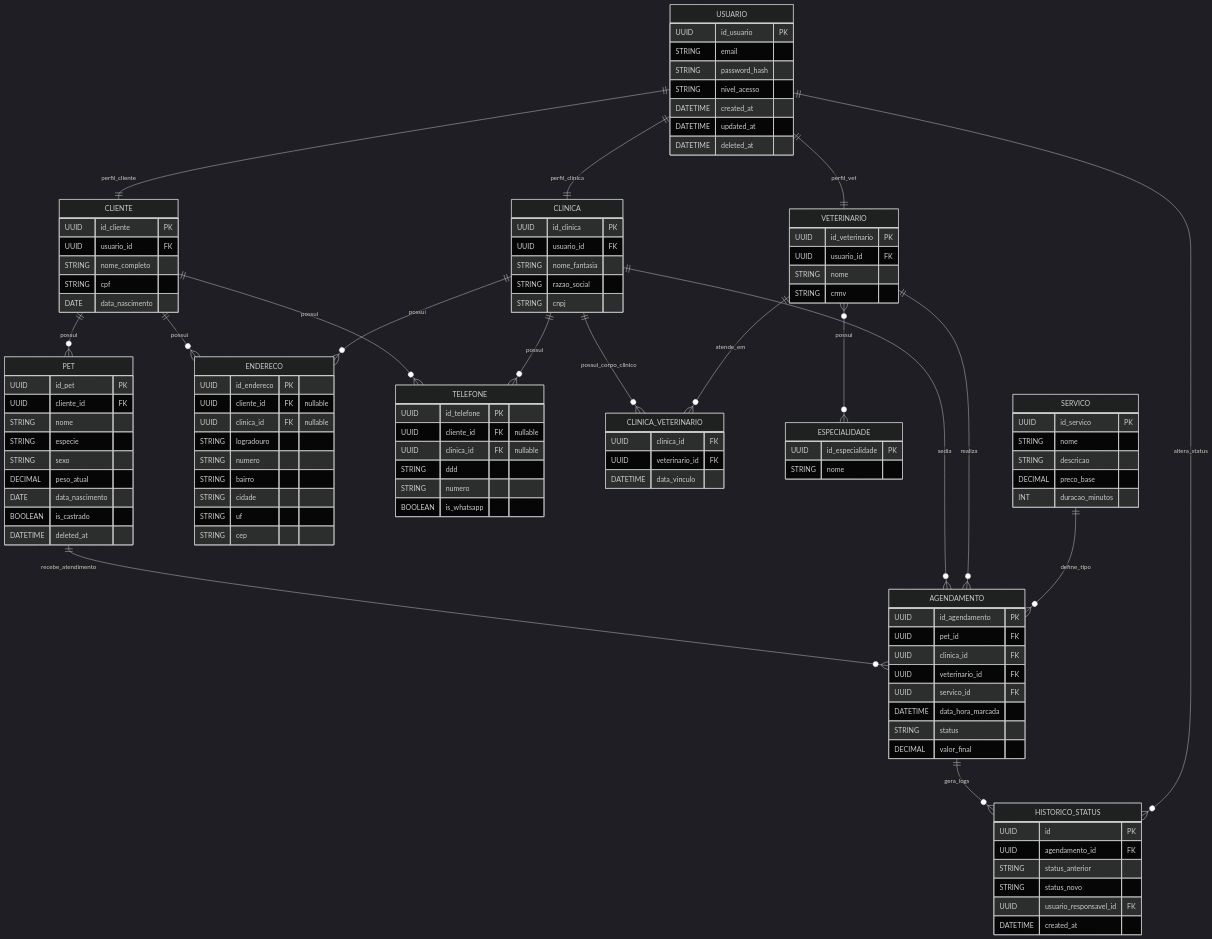
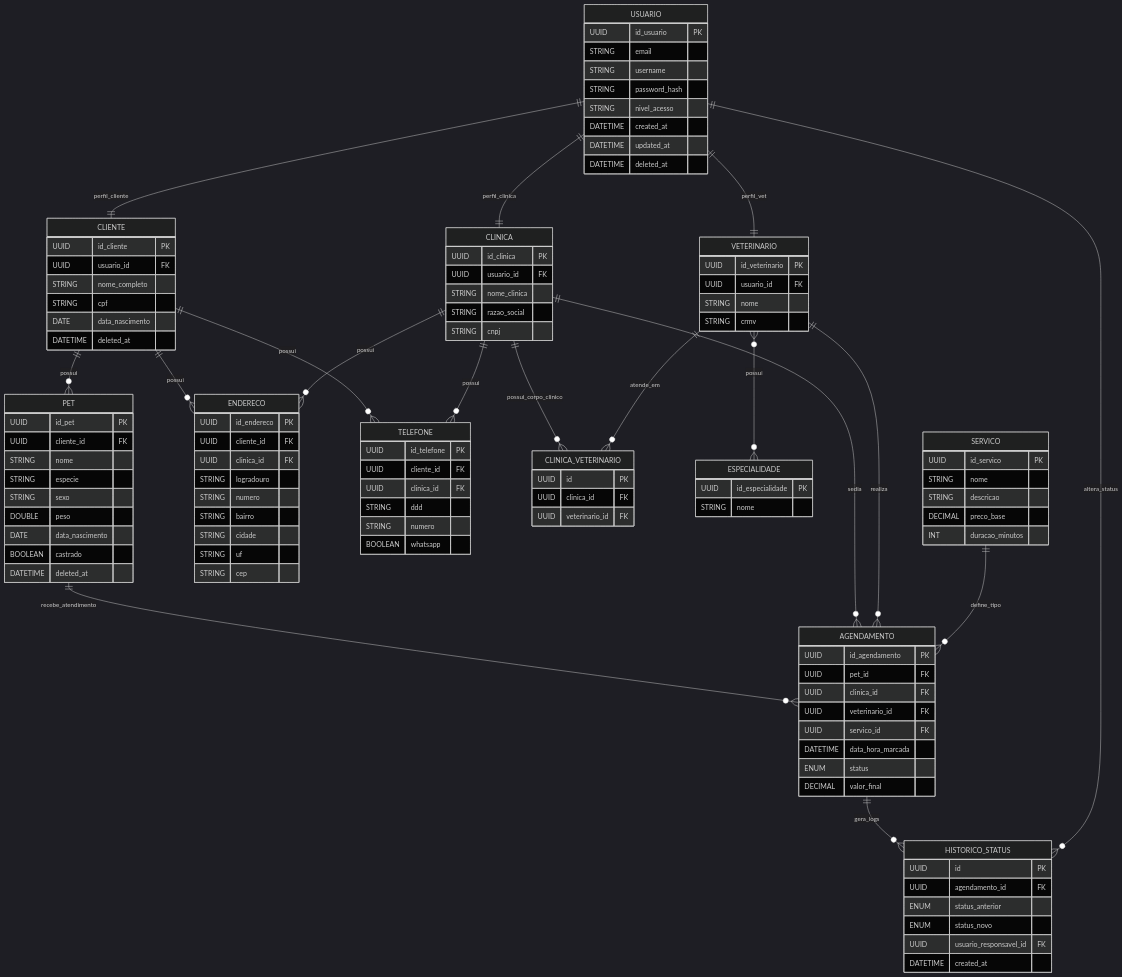
Before and after one commit to GabrielPires345/PetCare: the diagram in README.md, drawn with Mermaid (dark theme).

Commit message:
Update README.md
Atualização do diagrama das entidades.

```diff
--- a/README.md
+++ b/README.md
@@ -80,6 +80,7 @@
     USUARIO {
         UUID id_usuario PK
         STRING email
+        STRING username
         STRING password_hash
         STRING nivel_acesso
         DATETIME created_at
@@ -93,6 +94,7 @@
         STRING nome_completo
         STRING cpf
         DATE data_nascimento
+        DATETIME deleted_at
     }
 
     VETERINARIO {
@@ -103,9 +105,9 @@
     }
 
     CLINICA_VETERINARIO {
+        UUID id PK
         UUID clinica_id FK
         UUID veterinario_id FK
-        DATETIME data_vinculo
     }
 
     ESPECIALIDADE {
@@ -116,15 +118,15 @@
     CLINICA {
         UUID id_clinica PK
         UUID usuario_id FK
-        STRING nome_fantasia
+        STRING nome_clinica
         STRING razao_social
         STRING cnpj
     }
 
     ENDERECO {
         UUID id_endereco PK
-        UUID cliente_id FK "nullable"
-        UUID clinica_id FK "nullable"
+        UUID cliente_id FK
+        UUID clinica_id FK
         STRING logradouro
         STRING numero
         STRING bairro
@@ -135,11 +137,11 @@
 
     TELEFONE {
         UUID id_telefone PK
-        UUID cliente_id FK "nullable"
-        UUID clinica_id FK "nullable"
+        UUID cliente_id FK
+        UUID clinica_id FK
         STRING ddd
         STRING numero
-        BOOLEAN is_whatsapp
+        BOOLEAN whatsapp
     }
 
     PET {
@@ -148,9 +150,9 @@
         STRING nome
         STRING especie
         STRING sexo
-        DECIMAL peso_atual
+        DOUBLE peso
         DATE data_nascimento
-        BOOLEAN is_castrado
+        BOOLEAN castrado
         DATETIME deleted_at
     }
 
@@ -161,7 +163,7 @@
         UUID veterinario_id FK
         UUID servico_id FK
         DATETIME data_hora_marcada
-        STRING status
+        ENUM status
         DECIMAL valor_final
     }
 
@@ -176,8 +178,8 @@
     HISTORICO_STATUS {
         UUID id PK
         UUID agendamento_id FK
-        STRING status_anterior
-        STRING status_novo
+        ENUM status_anterior
+        ENUM status_novo
         UUID usuario_responsavel_id FK
         DATETIME created_at
     }
```
